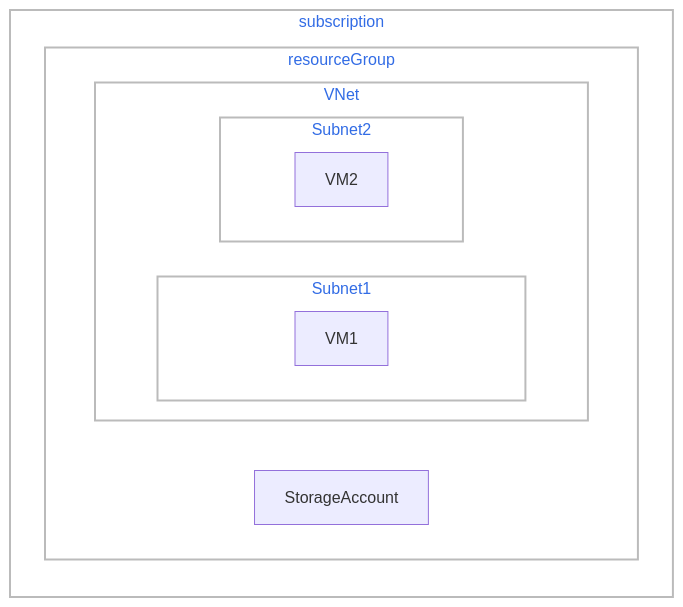
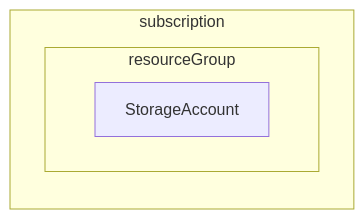
One commit to wguzik/devops-cloud-admin-zadania changed the diagram in cmdline-infra/README.md. Above: the diagram before and after it, drawn with Mermaid. The commit also changed other lines of this file, not shown here.

````diff
--- a/cmdline-infra/README.md
+++ b/cmdline-infra/README.md
@@ -61,29 +61,12 @@
 ```mermaid
 
 graph LR;
  
   subgraph subscription
     subgraph resourceGroup
-    direction LR;
-        subgraph VNet
-            direction LR;
-            subgraph Subnet1
-                direction LR;
-                VM1;
-            end
-            subgraph Subnet2
-                direction LR;
-                VM2;
-            end
-        end
         StorageAccount
     end
   end
   classDef plain fill:#ddd,stroke:#fff,stroke-width:1px,color:#000;
-  classDef k8s fill:#326ce5,stroke:#fff,stroke-width:4px,color:#fff;
-  classDef cluster fill:#fff,stroke:#bbb,stroke-width:2px,color:#326ce5;
-  class ingress,service,pod1,pod2 k8s;
-  class client plain;
-  class cluster cluster;
 
 ```
````
